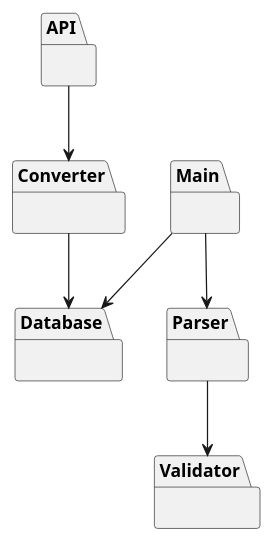
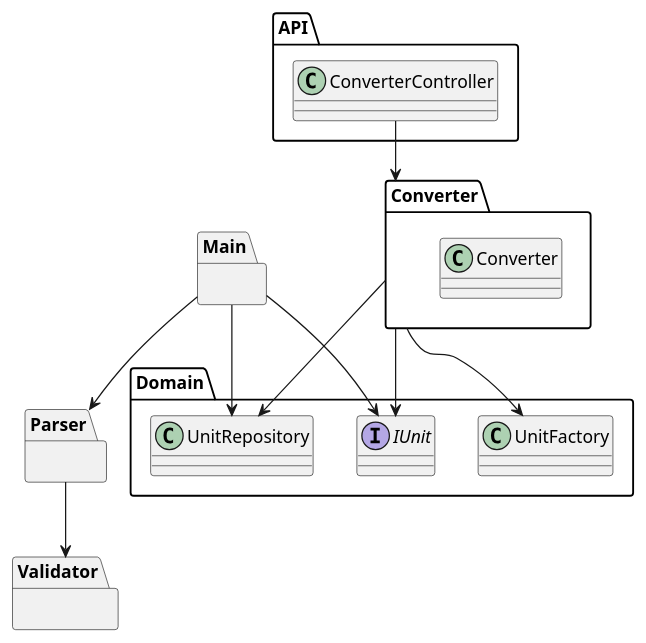
Before and after one commit to heig-vkaelin/ikt300-project: the diagram in docs/uml-module.plantuml, drawn with PlantUML. The commit also changed 3 other files, not shown here.

Commit message:
Add unit repository

```diff
--- a/docs/uml-module.plantuml
+++ b/docs/uml-module.plantuml
@@ -1,15 +1,29 @@
 @startuml uml-module-diagram
-package "API" {}
+package "API" {
+  class ConverterController
+}
 package "Main" {}
-package "Converter" {}
+package "Converter" {
+  class Converter
+}
 package "Parser" {}
 package "Validator" {}
-package "Database" {}
+package "Domain" {
+  interface IUnit
+  class UnitFactory
 
-API --> Converter
-Converter --> Database
-Main --> Database
+  class UnitRepository
+}
+
+
+ConverterController --> Converter
+Converter --> IUnit
+Converter --> UnitFactory
+Converter --> UnitRepository
+
+Main --> IUnit
 Main --> Parser
+Main --> UnitRepository
 Parser --> Validator
 
 @enduml
```
